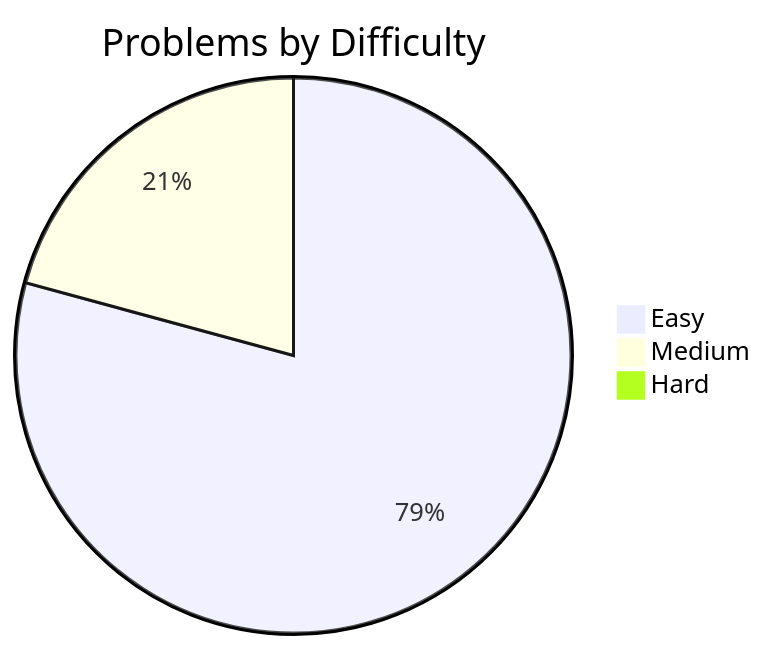
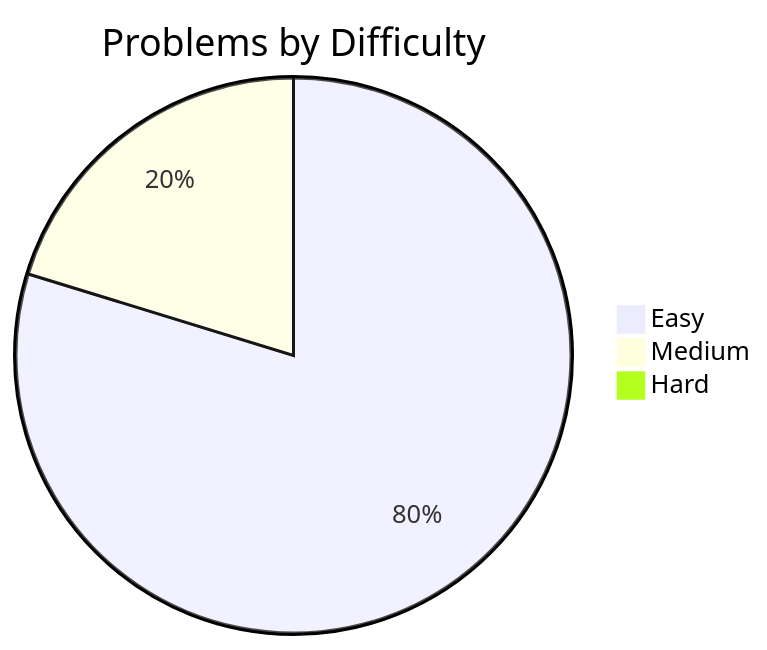
One commit to davelin18yufan/leetcode-journal changed the diagram in README.md. Above: the diagram before and after it, drawn with Mermaid. The commit also changed other lines of this file and 5 other files, not shown here.

````diff
--- a/README.md
+++ b/README.md
@@ -7,7 +7,7 @@
 ```mermaid
 pie
     title Problems by Difficulty
-    "Easy" : 61
+    "Easy" : 63
     "Medium" : 16
     "Hard" : 0
 ```
````
